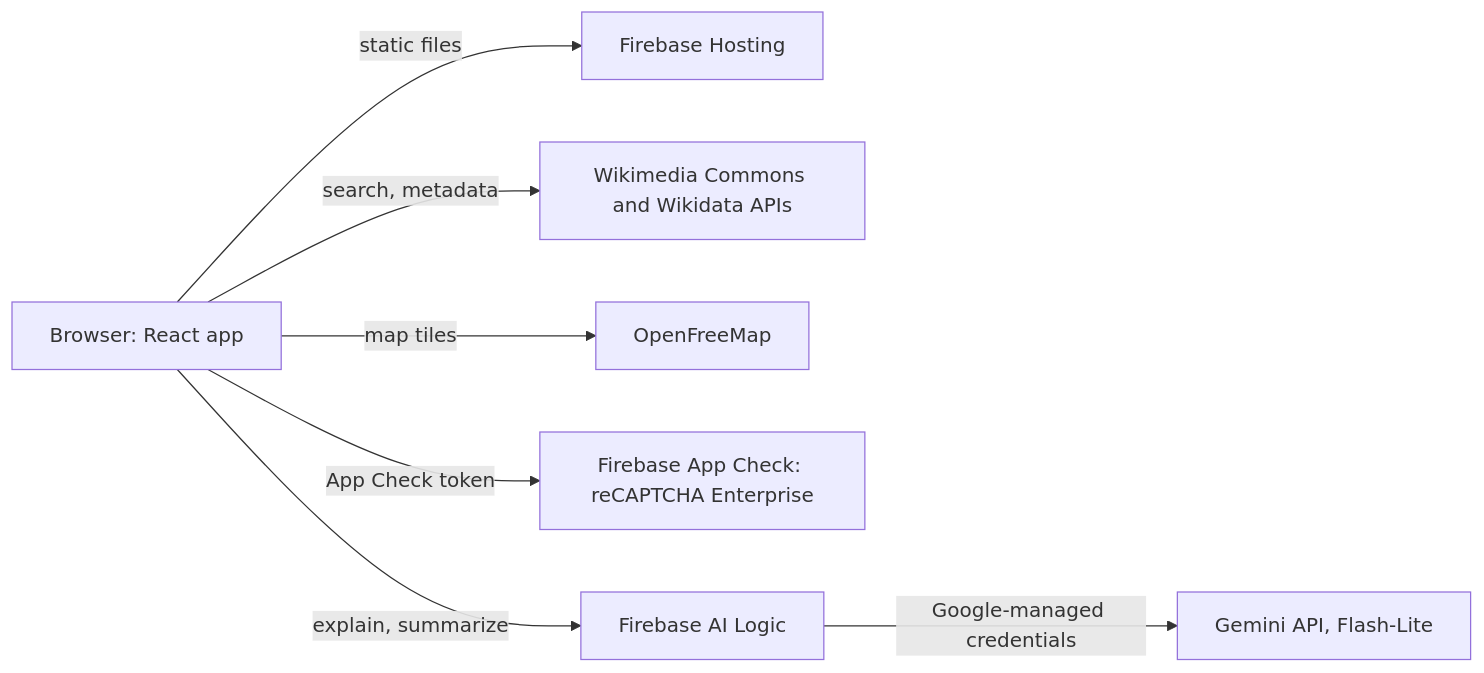
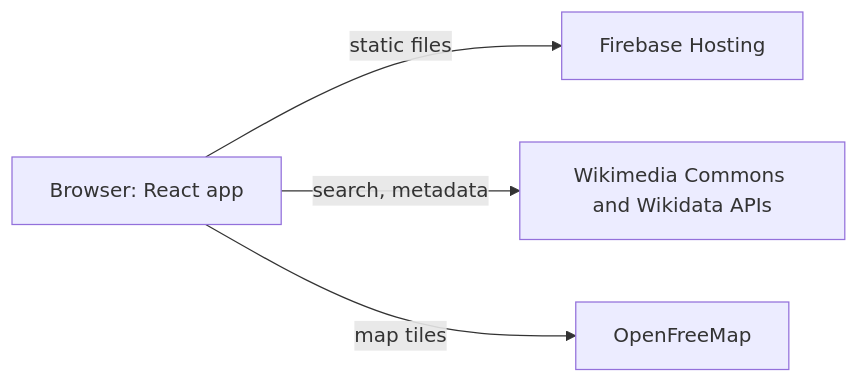
The first of 2 diagrams in README.md (affandymurad/wikigaleri), drawn with Mermaid before and after one commit. The commit also changed other lines of this file and 23 other files, not shown here.

````diff
--- a/README.md
+++ b/README.md
@@ -75,9 +55,6 @@
 ```mermaid
 flowchart LR
   U[Browser: React app] -->|static files| H[Firebase Hosting]
   U -->|search, metadata| W[Wikimedia Commons and Wikidata APIs]
   U -->|map tiles| M[OpenFreeMap]
-  U -->|App Check token| C[Firebase App Check: reCAPTCHA Enterprise]
-  U -->|explain, summarize| L[Firebase AI Logic]
-  L -->|Google-managed credentials| G[Gemini API, Flash-Lite]
 ```
````
